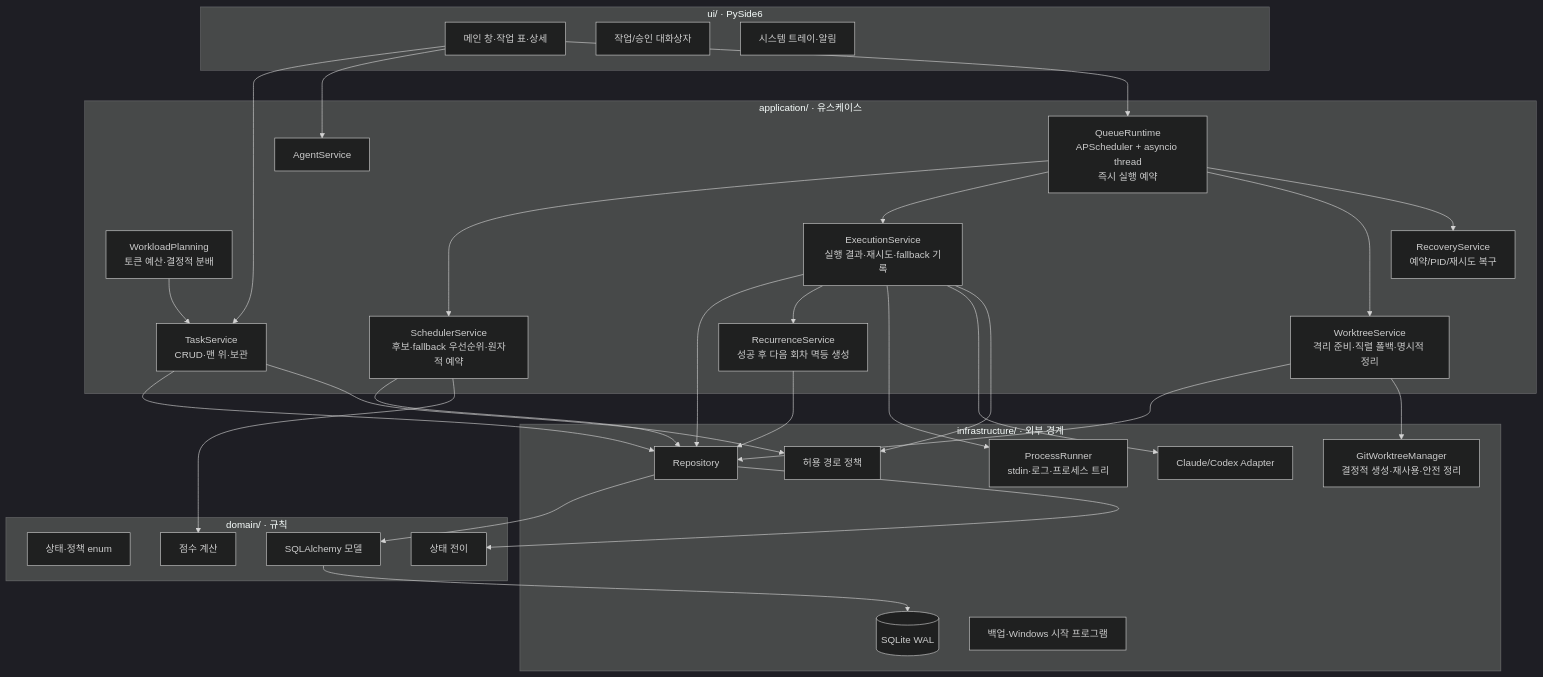
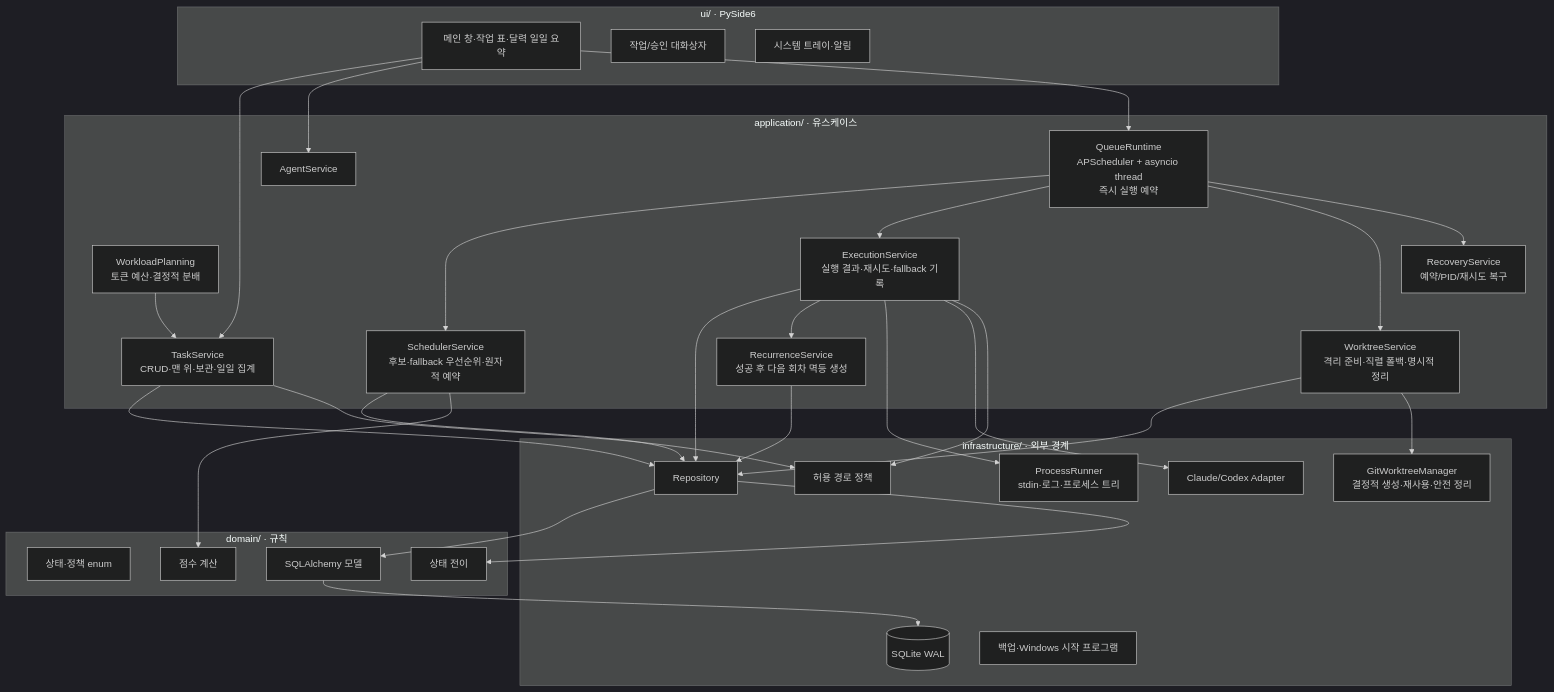
One commit to jasonwpgml/AQR changed the first of 4 diagrams in ai-queue-runner/docs/ARCHITECTURE.md. Above: the diagram before and after it, drawn with Mermaid (dark theme). The commit also changed other lines of this file and 15 other files, not shown here.

````diff
--- a/ai-queue-runner/docs/ARCHITECTURE.md
+++ b/ai-queue-runner/docs/ARCHITECTURE.md
@@ -7,59 +7,59 @@
 ```mermaid
 flowchart TB
     subgraph UI["ui/ · PySide6"]
-        MW[메인 창·작업 표·상세]
+        MW[메인 창·작업 표·달력 일일 요약]
         DLG[작업/승인 대화상자]
         TRAY[시스템 트레이·알림]
     end
 
     subgraph APP["application/ · 유스케이스"]
-        TASK[TaskService\nCRUD·맨 위·보관]
+        TASK[TaskService\nCRUD·맨 위·보관·일일 집계]
         PLAN[WorkloadPlanning\n토큰 예산·결정적 분배]
         AGENT[AgentService]
         RUNTIME[QueueRuntime\nAPScheduler + asyncio thread\n즉시 실행 예약]
         SCHED[SchedulerService\n후보·fallback 우선순위·원자적 예약]
         EXEC[ExecutionService\n실행 결과·재시도·fallback 기록]
         WORKTREE[WorktreeService\n격리 준비·직렬 폴백·명시적 정리]
         RECUR[RecurrenceService\n성공 후 다음 회차 멱등 생성]
         RECOV[RecoveryService\n예약/PID/재시도 복구]
     end
 
     subgraph DOMAIN["domain/ · 규칙"]
         ENUM[상태·정책 enum]
         TRANS[상태 전이]
         SCORE[점수 계산]
         MODEL[SQLAlchemy 모델]
     end
 
     subgraph INFRA["infrastructure/ · 외부 경계"]
         REPO[Repository]
         DB[(SQLite WAL)]
         PROC[ProcessRunner\nstdin·로그·프로세스 트리]
         ADAPTER[Claude/Codex Adapter]
         POLICY[허용 경로 정책]
         GIT[GitWorktreeManager\n결정적 생성·재사용·안전 정리]
         OPS[백업·Windows 시작 프로그램]
     end
 
     MW --> TASK
     MW --> AGENT
     MW --> RUNTIME
     RUNTIME --> SCHED
     RUNTIME --> EXEC
     RUNTIME --> WORKTREE
     RUNTIME --> RECOV
     SCHED --> REPO
     SCHED --> SCORE
     EXEC --> REPO
     EXEC --> RECUR --> REPO
     EXEC --> PROC
     EXEC --> ADAPTER
     EXEC --> POLICY
     WORKTREE --> REPO
     WORKTREE --> GIT
     TASK --> REPO
     PLAN --> TASK
     TASK --> POLICY
     REPO --> MODEL --> DB
     REPO --> TRANS
 ```
````
